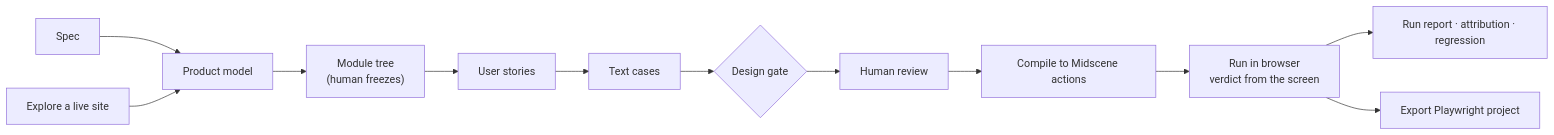
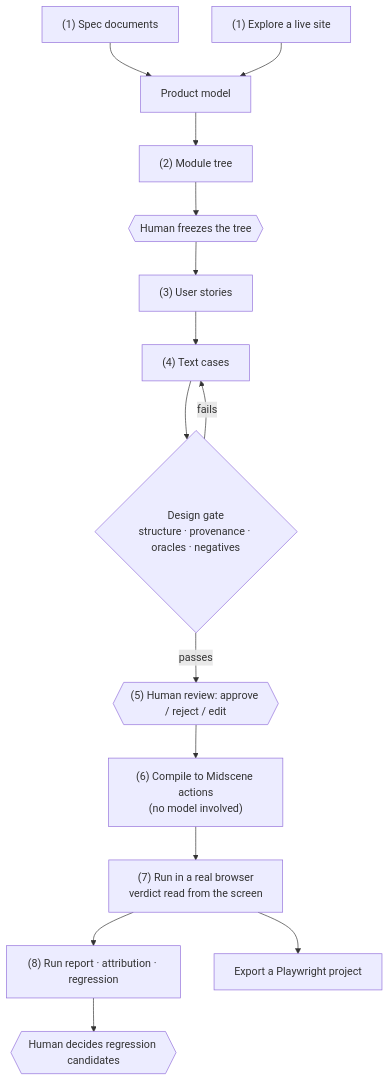
Before and after one commit to zyonlab/TestPilot: the first of 2 diagrams in README.en.md, drawn with Mermaid. The commit also changed other lines of this file and 2 other files, not shown here.

First line of the commit message:
docs: README 改成一条走得通的主线——图、截图和说明之前是分家的

````diff
--- a/README.en.md
+++ b/README.en.md
@@ -50,14 +52,17 @@
 ```mermaid
-flowchart LR
-  S["Spec"] --> PM["Product model"]
-  E["Explore a live site"] --> PM
-  PM --> MT["Module tree<br/>(human freezes)"]
-  MT --> ST["User stories"]
-  ST --> TC["Text cases"]
-  TC --> G1{"Design gate"}
-  G1 --> RV["Human review"]
-  RV --> CG["Compile to Midscene actions"]
-  CG --> EX["Run in browser<br/>verdict from the screen"]
-  EX --> RP["Run report · attribution · regression"]
-  EX --> PW["Export Playwright project"]
+flowchart TD
+  S["(1) Spec documents"] --> PM["Product model"]
+  E["(1) Explore a live site"] --> PM
+  PM --> MT["(2) Module tree"]
+  MT --> FZ{{"Human freezes the tree"}}
+  FZ --> ST["(3) User stories"]
+  ST --> TC["(4) Text cases"]
+  TC --> G1{"Design gate<br/>structure · provenance · oracles · negatives"}
+  G1 -- fails --> TC
+  G1 -- passes --> RV{{"(5) Human review: approve / reject / edit"}}
+  RV --> CG["(6) Compile to Midscene actions<br/>(no model involved)"]
+  CG --> EX["(7) Run in a real browser<br/>verdict read from the screen"]
+  EX --> RP["(8) Run report · attribution · regression"]
+  EX --> PW["Export a Playwright project"]
+  RP --> RG{{"Human decides regression candidates"}}
 ```
````
